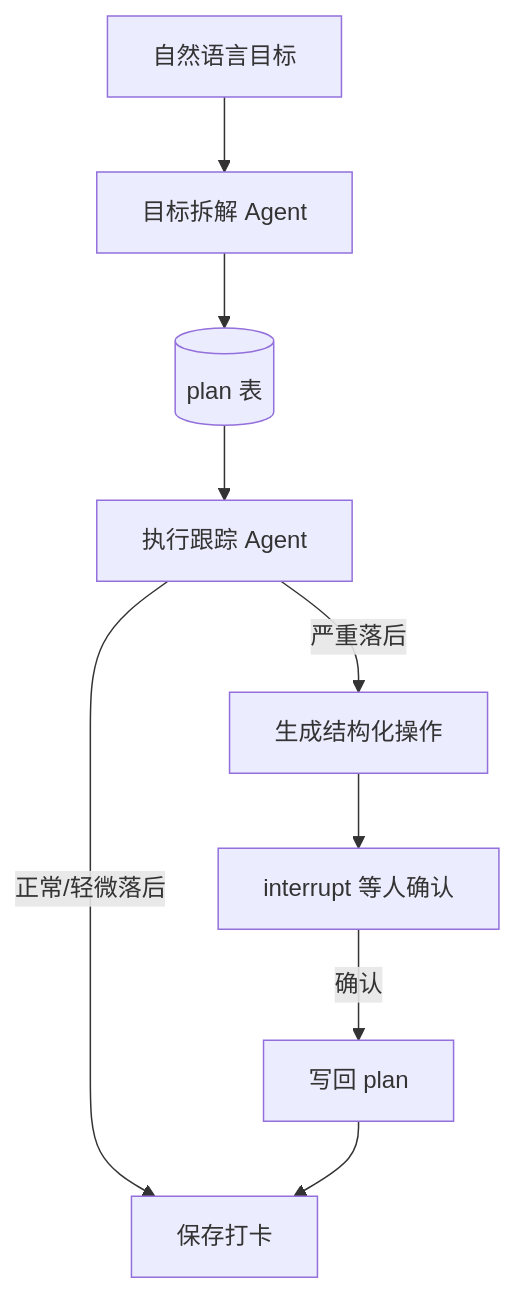
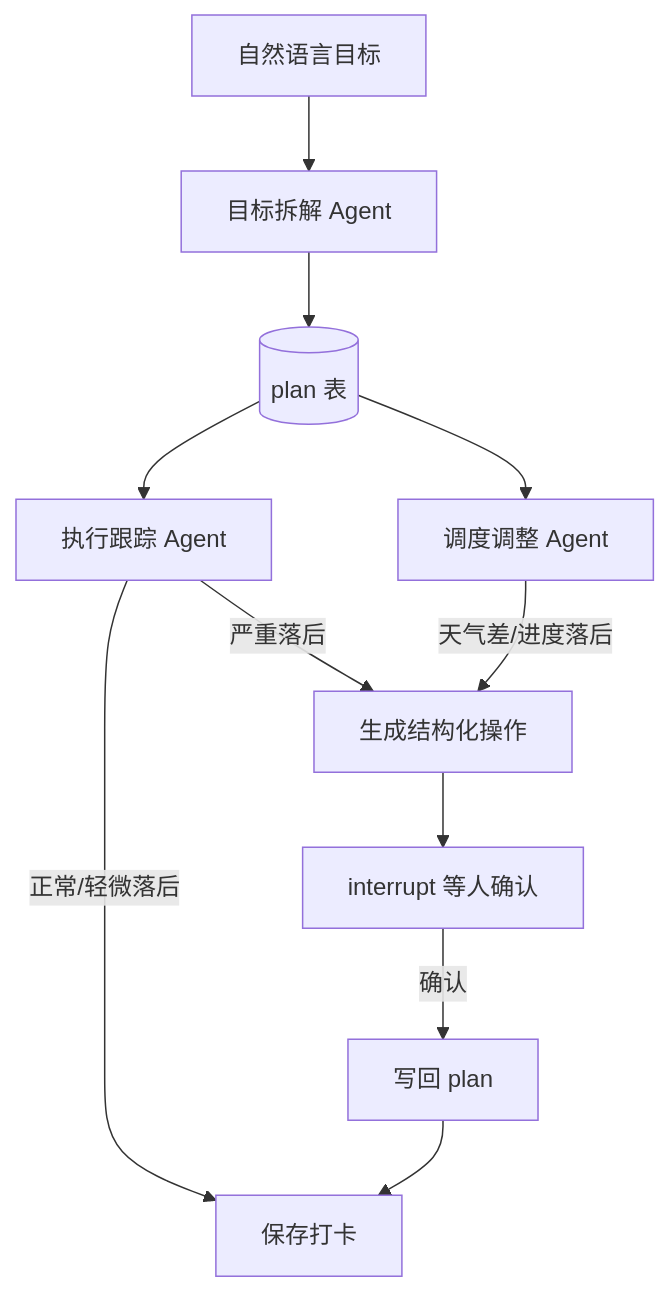
The diagram in README.md (AstonKevin/Person-Growth-Agent), drawn with Mermaid before and after one commit. The commit also changed other lines of this file, not shown here.

````diff
--- a/README.md
+++ b/README.md
@@ -223,11 +223,13 @@
 ```mermaid
 flowchart TD
     G[自然语言目标] --> A[目标拆解 Agent]
     A --> P[(plan 表)]
     P --> B[执行跟踪 Agent]
+    P --> S[调度调整 Agent]
     B -->|严重落后| C[生成结构化操作]
     C --> D[interrupt 等人确认]
     D -->|确认| E[写回 plan]
     B -->|正常/轻微落后| F[保存打卡]
     E --> F
+    S -->|天气差/进度落后| C
 ```
````
